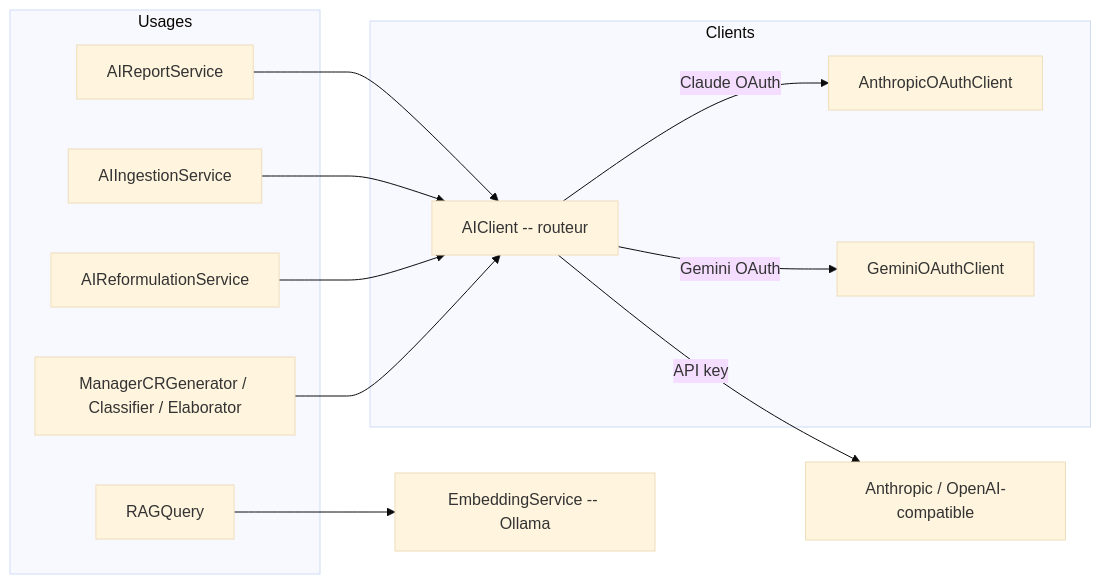
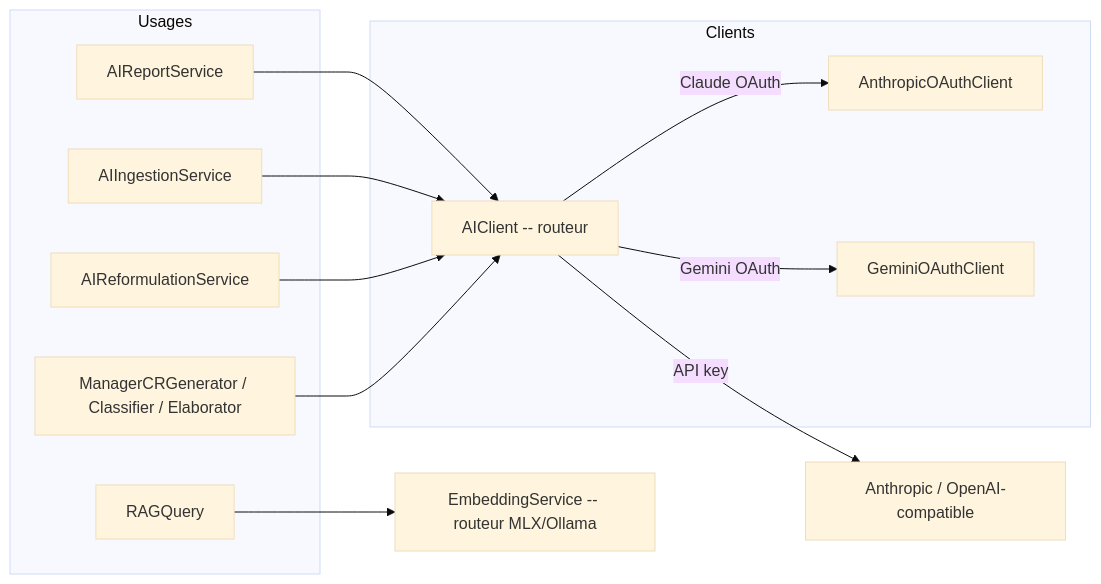
The third of 5 diagrams in docs/architecture.md (ldb2000/One2One), drawn with Mermaid (base theme) before and after one commit. The commit also changed other lines of this file and 1 other file, not shown here.

Commit message:
docs: architecture + CLAUDE.md — embeddings MLX et scan automatique des mails

````diff
--- a/docs/architecture.md
+++ b/docs/architecture.md
@@ -242,23 +243,23 @@
 ```mermaid
 graph LR
     subgraph Clients
         AIClient[AIClient -- routeur]
         ANTH[AnthropicOAuthClient]
         GEM[GeminiOAuthClient]
     end
     subgraph Usages
         REPORTSVC[AIReportService]
         INGEST[AIIngestionService]
         REFORM[AIReformulationService]
         MGR[ManagerCRGenerator / Classifier / Elaborator]
         RAGQ[RAGQuery]
     end
     REPORTSVC --> AIClient
     INGEST --> AIClient
     REFORM --> AIClient
     MGR --> AIClient
     AIClient -->|Claude OAuth| ANTH
     AIClient -->|Gemini OAuth| GEM
     AIClient -->|API key| HTTP[Anthropic / OpenAI-compatible]
-    RAGQ --> EMB[EmbeddingService -- Ollama]
+    RAGQ --> EMB[EmbeddingService -- routeur MLX/Ollama]
 ```
````
